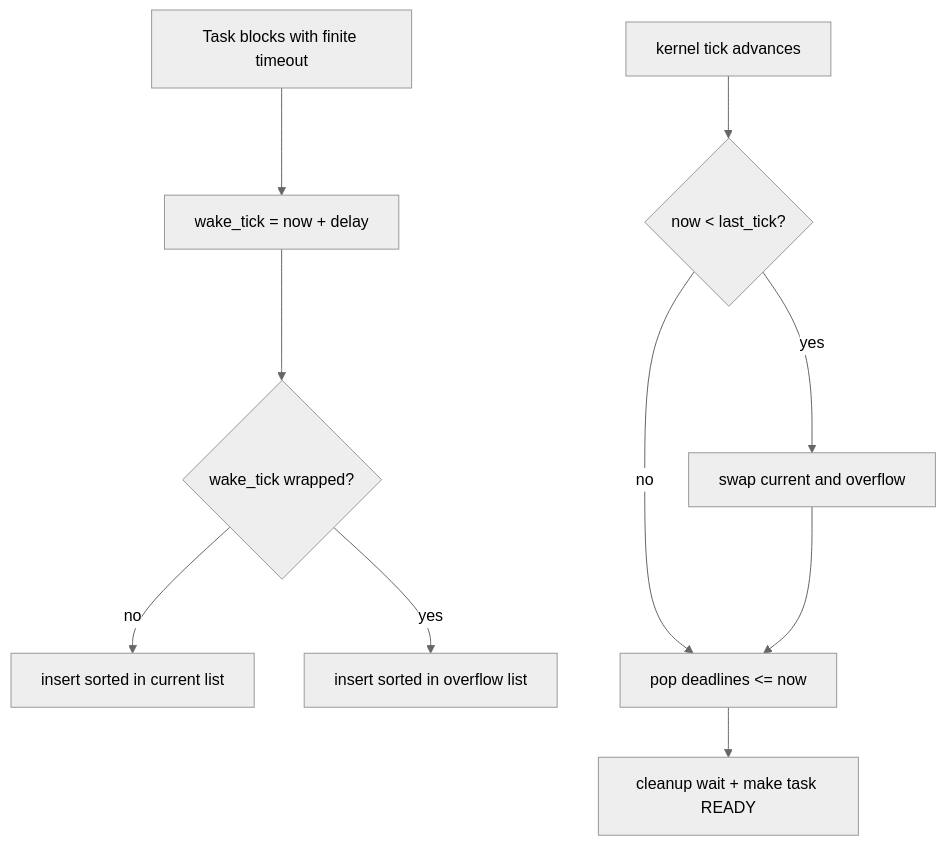
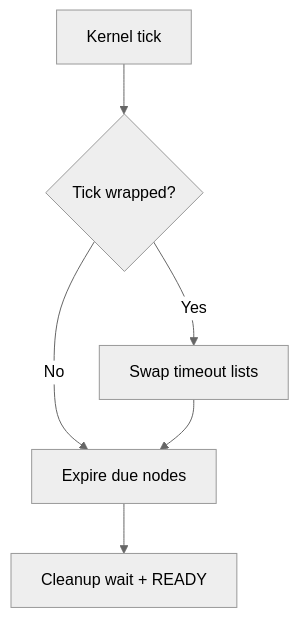
Before and after one commit to haikevins/hairtos: the second of 2 diagrams in docs/01-kernel-core/time-and-timeout.md, drawn with Mermaid (neutral theme). The commit also changed other lines of this file and 82 other files, not shown here.

````diff
--- a/docs/01-kernel-core/time-and-timeout.md
+++ b/docs/01-kernel-core/time-and-timeout.md
@@ -40,12 +51,8 @@
 ```mermaid
-flowchart TD
-    BLOCK["Task blocks with finite timeout"] --> WAKE["wake_tick = now + delay"]
-    WAKE --> CHOOSE{"wake_tick wrapped?"}
-    CHOOSE -->|"no"| CURRENT["insert sorted in current list"]
-    CHOOSE -->|"yes"| OVERFLOW["insert sorted in overflow list"]
-    TICK["kernel tick advances"] --> WRAP{"now < last_tick?"}
-    WRAP -->|"yes"| SWAP["swap current and overflow"]
-    WRAP -->|"no"| EXPIRE["pop deadlines <= now"]
+flowchart TB
+    TICK["Kernel tick"] --> WRAP{"Tick wrapped?"}
+    WRAP -->|"Yes"| SWAP["Swap timeout lists"]
+    WRAP -->|"No"| EXPIRE["Expire due nodes"]
     SWAP --> EXPIRE
-    EXPIRE --> READY["cleanup wait + make task READY"]
+    EXPIRE --> READY["Cleanup wait + READY"]
 ```
````
